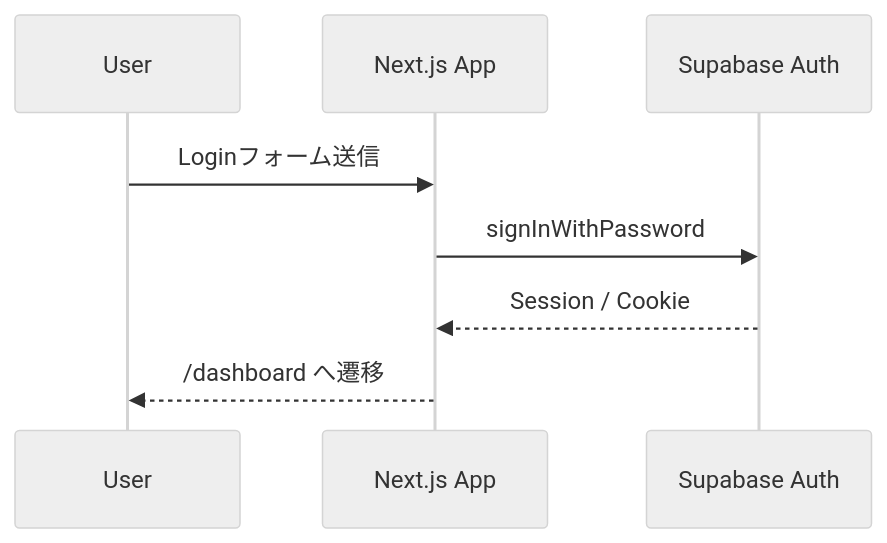
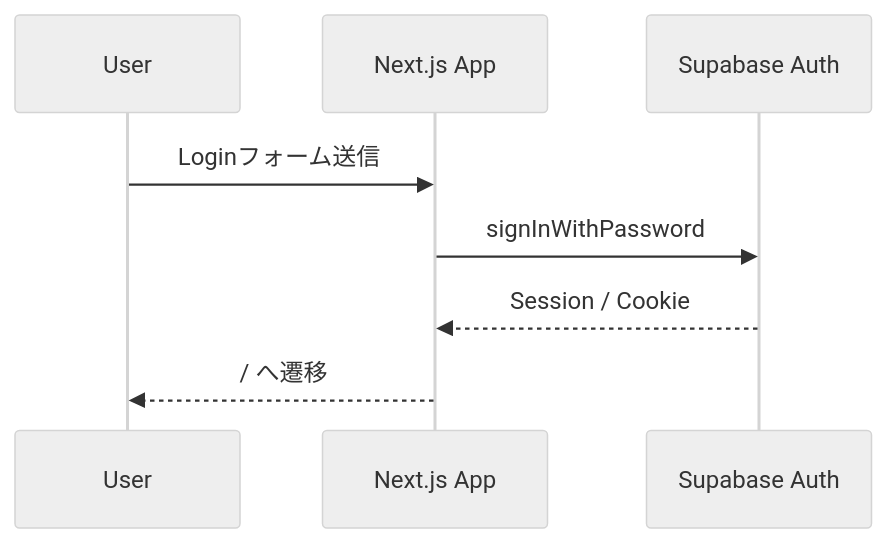
The second of 4 diagrams in docs/AUTH-CRUD.md (k-systems202208/nextjs-supabase-vercel-webapp-template), drawn with Mermaid (neutral theme) before and after one commit. The commit also changed other lines of this file and 15 other files, not shown here.

````diff
--- a/docs/AUTH-CRUD.md
+++ b/docs/AUTH-CRUD.md
@@ -32,10 +44,10 @@
 ```mermaid
 sequenceDiagram
     participant U as User
     participant A as Next.js App
     participant S as Supabase Auth
     U->>A: Loginフォーム送信
     A->>S: signInWithPassword
     S-->>A: Session / Cookie
-    A-->>U: /dashboard へ遷移
+    A-->>U: / へ遷移
 ```
````
